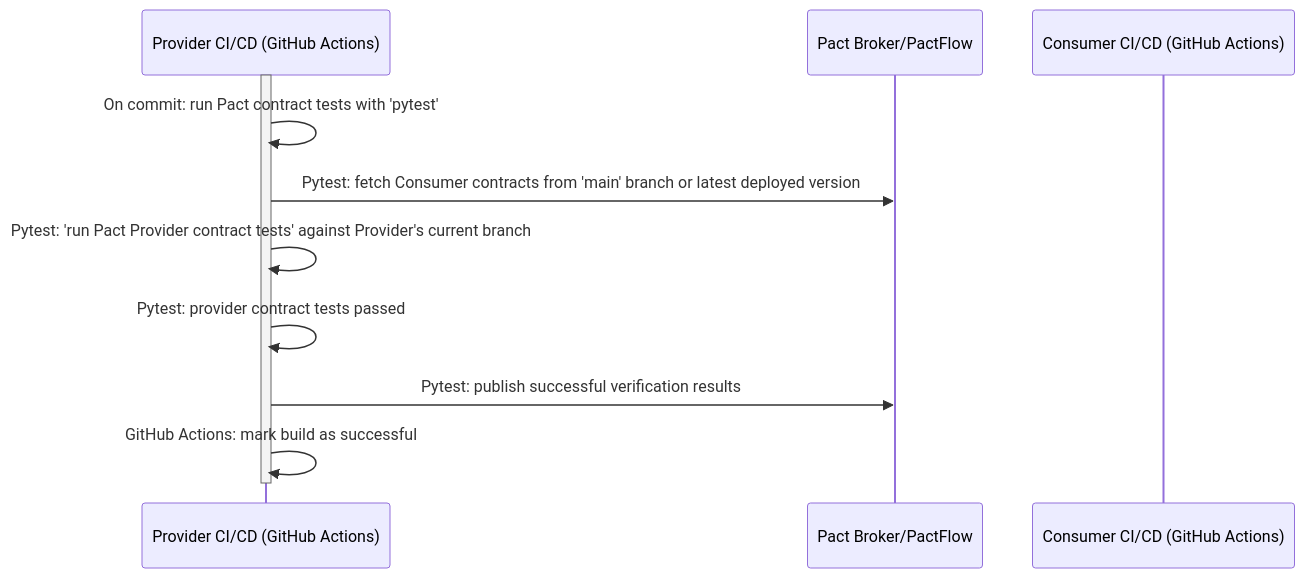
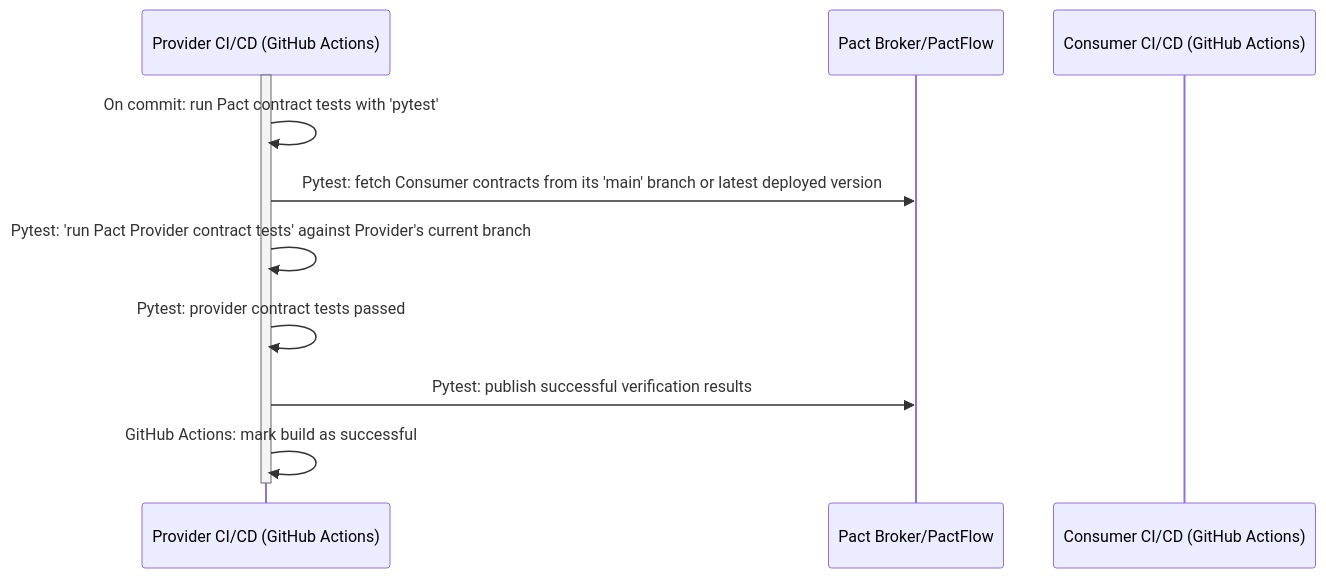
The fourth of 5 diagrams in README.md (filipsnastins/consumer-driven-contract-testing-with-pact), drawn with Mermaid before and after one commit. The commit also changed other lines of this file, not shown here.

````diff
--- a/README.md
+++ b/README.md
@@ -532,15 +536,15 @@
 ```mermaid
 sequenceDiagram
     participant Provider as Provider CI/CD (GitHub Actions)
     participant PactBroker as Pact Broker/PactFlow
     participant Consumer as Consumer CI/CD (GitHub Actions)
 
     activate Provider
     Provider->>Provider: On commit: run Pact contract tests with 'pytest'
-    Provider->>PactBroker: Pytest: fetch Consumer contracts from 'main' branch or latest deployed version
+    Provider->>PactBroker: Pytest: fetch Consumer contracts from its 'main' branch or latest deployed version
     Provider->>Provider: Pytest: 'run Pact Provider contract tests' against Provider's current branch
     Provider->>Provider: Pytest: provider contract tests passed
     Provider->>PactBroker: Pytest: publish successful verification results
     Provider->>Provider: GitHub Actions: mark build as successful
     deactivate Provider
 ```
````
